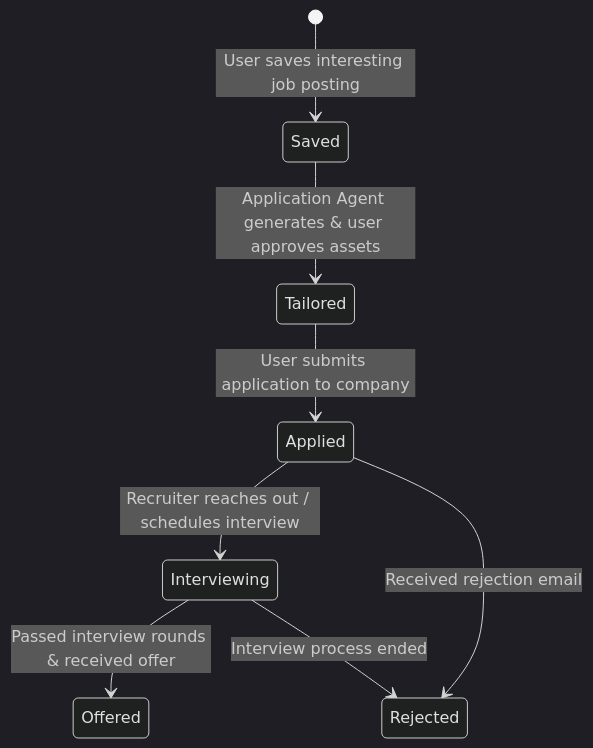
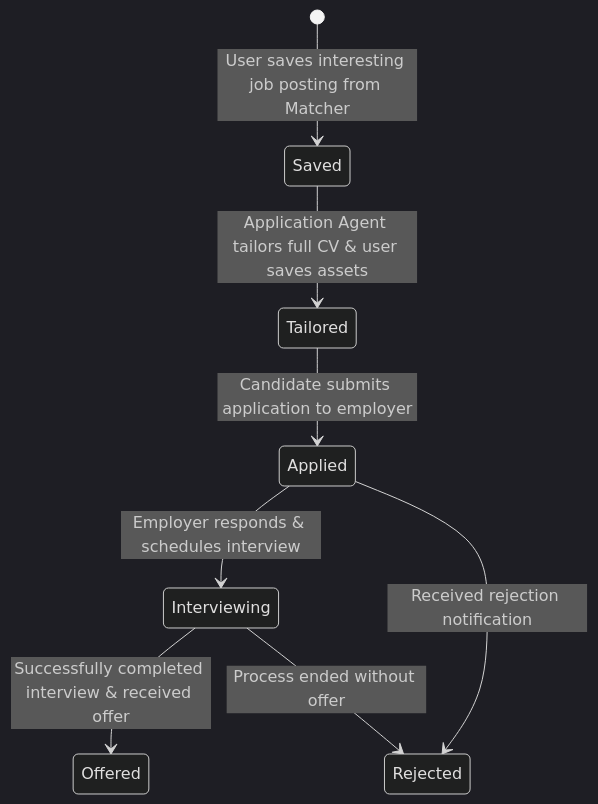
One commit to Mostafa710/career-copilot changed the seventh of 9 diagrams in docs/architecture_flowcharts.md. Above: the diagram before and after it, drawn with Mermaid (dark theme). The commit also changed other lines of this file and 2 other files, not shown here.

Commit message:
docs: synchronize README, implementation plan, and architecture flowcharts with exact multi-agent implementations

````diff
--- a/docs/architecture_flowcharts.md
+++ b/docs/architecture_flowcharts.md
@@ -265,12 +178,12 @@
 ```mermaid
 stateDiagram-v2
-    [*] --> Saved: User saves interesting job posting
-    Saved --> Tailored: Application Agent generates & user approves assets
-    Tailored --> Applied: User submits application to company
+    [*] --> Saved: User saves interesting job posting from Matcher
+    Saved --> Tailored: Application Agent tailors full CV & user saves assets
+    Tailored --> Applied: Candidate submits application to employer
     
-    Applied --> Interviewing: Recruiter reaches out / schedules interview
-    Applied --> Rejected: Received rejection email
+    Applied --> Interviewing: Employer responds & schedules interview
+    Applied --> Rejected: Received rejection notification
     
-    Interviewing --> Offered: Passed interview rounds & received offer
-    Interviewing --> Rejected: Interview process ended
+    Interviewing --> Offered: Successfully completed interview & received offer
+    Interviewing --> Rejected: Process ended without offer
 ```
````
